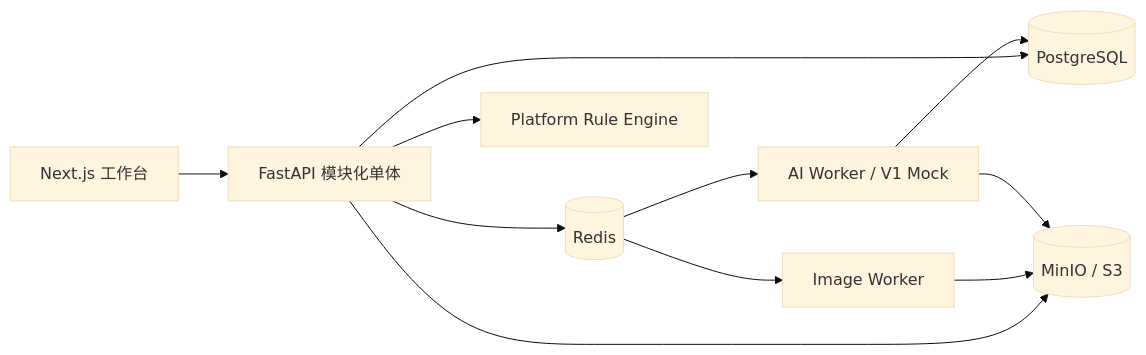
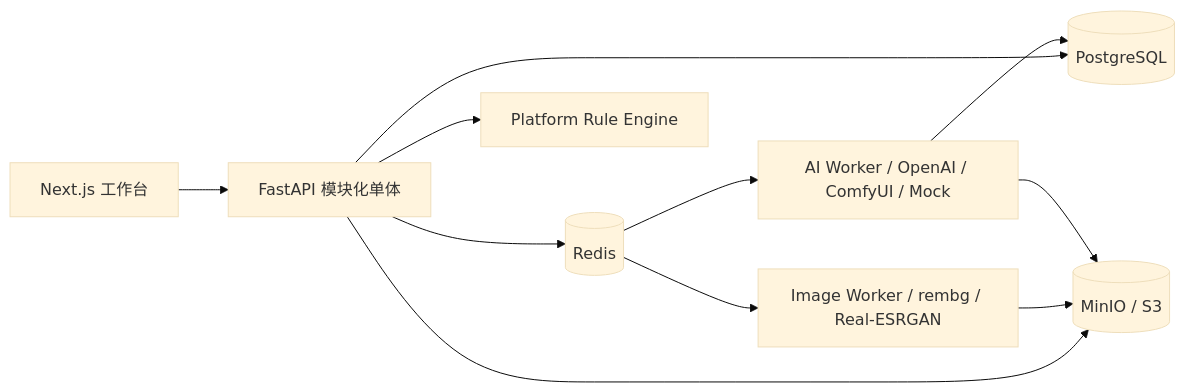
The diagram in docs/ARCHITECTURE.md (94Marc/ecommerce-visual-workbench), drawn with Mermaid (base theme) before and after one commit. The commit also changed other lines of this file and 33 other files, not shown here.

````diff
--- a/docs/ARCHITECTURE.md
+++ b/docs/ARCHITECTURE.md
@@ -7,13 +7,13 @@
 ```mermaid
 flowchart LR
   Web["Next.js 工作台"] --> API["FastAPI 模块化单体"]
   API --> PG[(PostgreSQL)]
   API --> R[(Redis)]
   API --> S3[(MinIO / S3)]
-  R --> IW["Image Worker"]
-  R --> AW["AI Worker / V1 Mock"]
+  R --> IW["Image Worker / rembg / Real-ESRGAN"]
+  R --> AW["AI Worker / OpenAI / ComfyUI / Mock"]
   API --> RE["Platform Rule Engine"]
   IW --> S3
   AW --> S3
   AW --> PG
 ```
````
